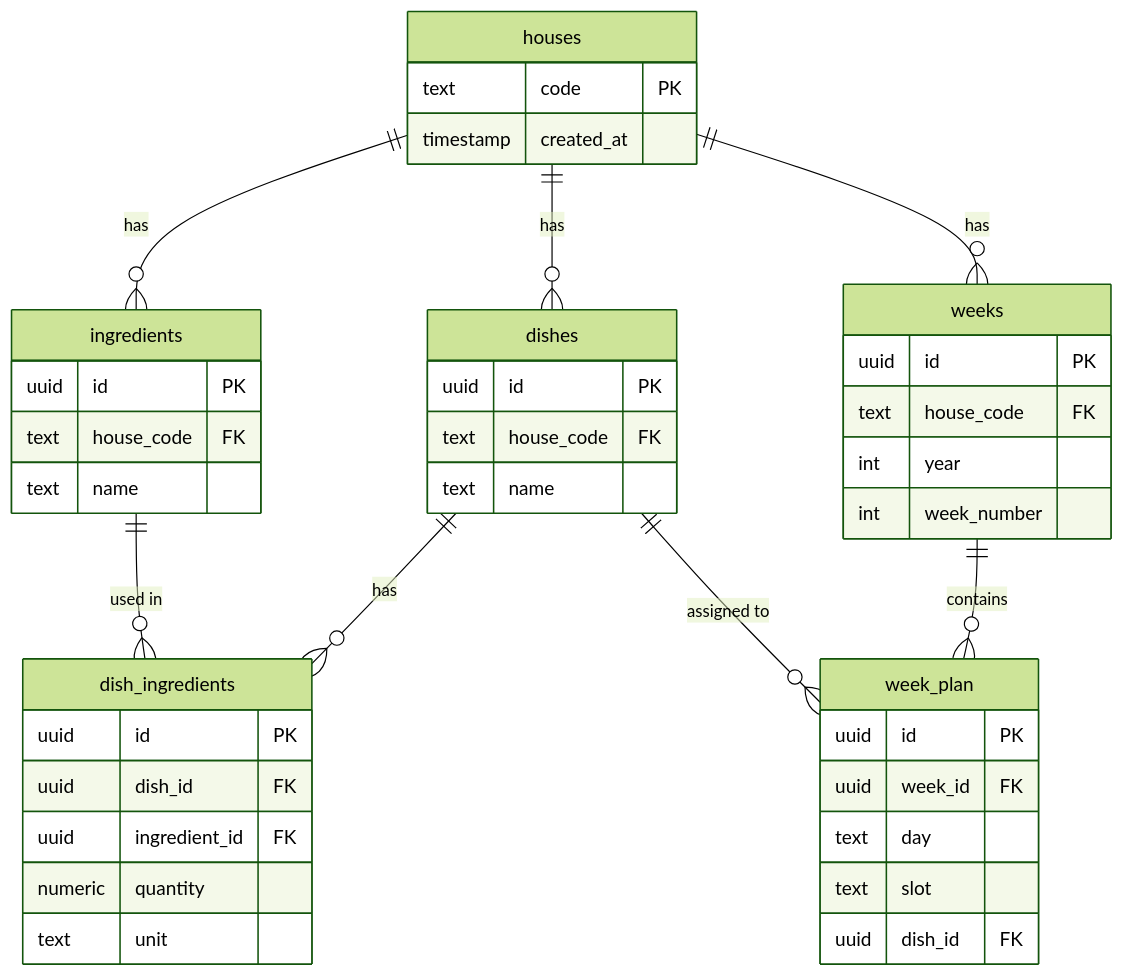
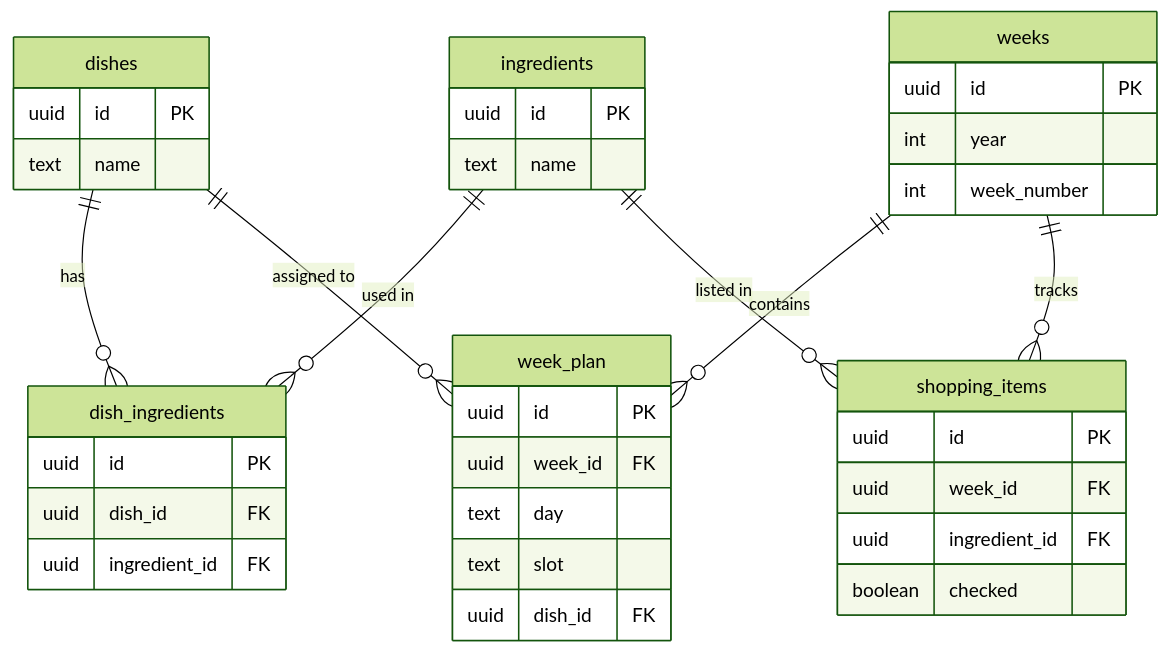
Before and after one commit to xaju5/meal-plan: the diagram in README.md, drawn with Mermaid (forest theme). The commit also changed other lines of this file, not shown here.

````diff
--- a/README.md
+++ b/README.md
@@ -55,44 +243,40 @@
 ```mermaid
 erDiagram
-  houses {
-    text code PK
-    timestamp created_at
-  }
   dishes {
     uuid id PK
-    text house_code FK
     text name
   }
   ingredients {
     uuid id PK
-    text house_code FK
     text name
   }
   dish_ingredients {
     uuid id PK
     uuid dish_id FK
     uuid ingredient_id FK
-    numeric quantity
-    text unit
   }
   weeks {
     uuid id PK
-    text house_code FK
     int year
     int week_number
   }
   week_plan {
     uuid id PK
     uuid week_id FK
     text day
     text slot
     uuid dish_id FK
   }
-  houses ||--o{ dishes : "has"
-  houses ||--o{ ingredients : "has"
-  houses ||--o{ weeks : "has"
+  shopping_items {
+    uuid id PK
+    uuid week_id FK
+    uuid ingredient_id FK
+    boolean checked
+  }
   dishes ||--o{ dish_ingredients : "has"
   ingredients ||--o{ dish_ingredients : "used in"
   weeks ||--o{ week_plan : "contains"
   dishes ||--o{ week_plan : "assigned to"
+  weeks ||--o{ shopping_items : "tracks"
+  ingredients ||--o{ shopping_items : "listed in"
 ```
````
